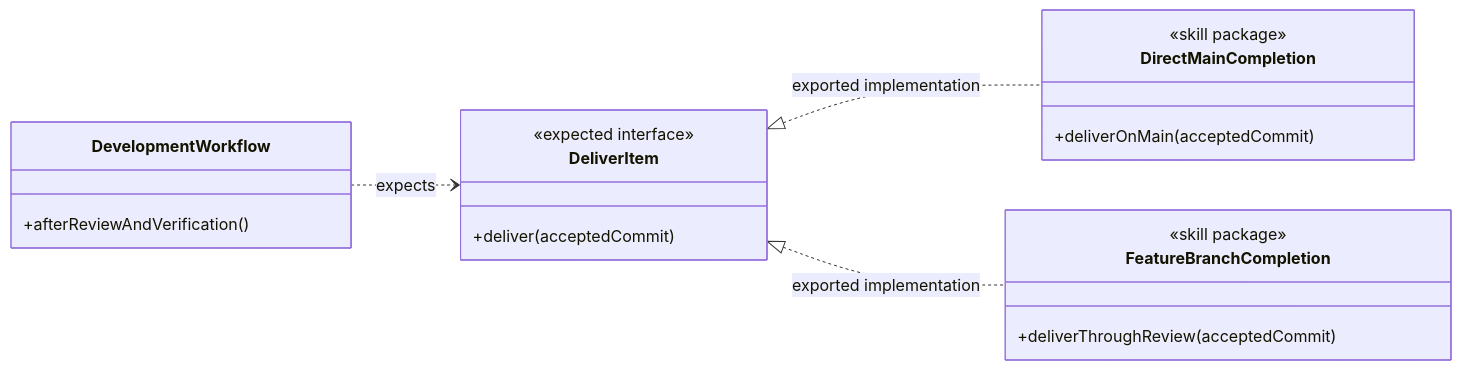
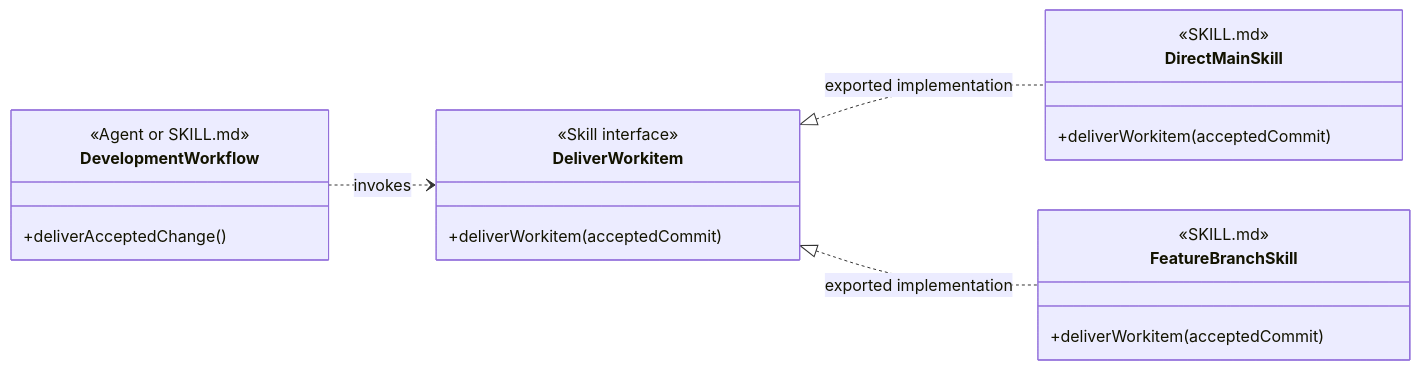
The eighth of 10 diagrams in design/object-oriented-agent-and-skill-model.md (martinbechard/dev-methodology), drawn with Mermaid before and after one commit. The commit also changed other lines of this file and 2 other files, not shown here.

Commit message:
Clarify injectable and coupled skill model

````diff
--- a/design/object-oriented-agent-and-skill-model.md
+++ b/design/object-oriented-agent-and-skill-model.md
@@ -195,27 +313,30 @@
 ```mermaid
 classDiagram
     direction LR
 
     class DevelopmentWorkflow {
-        +afterReviewAndVerification()
+        <<Agent or SKILL.md>>
+        +deliverAcceptedChange()
     }
 
-    class DeliverItem {
-        <<expected interface>>
-        +deliver(acceptedCommit)
+    class DeliverWorkitem {
+        <<Skill interface>>
+        +deliverWorkitem(acceptedCommit)
     }
 
-    class DirectMainCompletion {
-        <<skill package>>
-        +deliverOnMain(acceptedCommit)
+    class DirectMainSkill {
+        <<SKILL.md>>
+        <<Injectable Skill>>
+        +deliverWorkitem(acceptedCommit)
     }
 
-    class FeatureBranchCompletion {
-        <<skill package>>
-        +deliverThroughReview(acceptedCommit)
+    class FeatureBranchSkill {
+        <<SKILL.md>>
+        <<Injectable Skill>>
+        +deliverWorkitem(acceptedCommit)
     }
 
-    DevelopmentWorkflow ..> DeliverItem : expects
-    DeliverItem <|.. DirectMainCompletion : exported implementation
-    DeliverItem <|.. FeatureBranchCompletion : exported implementation
+    DevelopmentWorkflow ..> DeliverWorkitem : invokes
+    DeliverWorkitem <|.. DirectMainSkill : exported implementation
+    DeliverWorkitem <|.. FeatureBranchSkill : exported implementation
 ```
````
